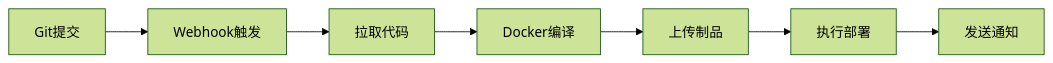
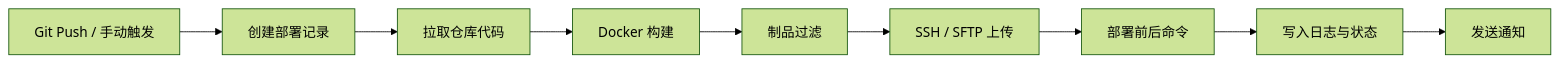
One commit to chengliang4810/jimuqu-devops changed the diagram in README.md. Above: the diagram before and after it, drawn with Mermaid (forest theme). The commit also changed other lines of this file and 11 other files, not shown here.

````diff
--- a/README.md
+++ b/README.md
@@ -81,9 +59,11 @@
 ```mermaid
 graph LR
-    A[Git提交] --> B[Webhook触发]
-    B --> C[拉取代码]
-    C --> D[Docker编译]
-    D --> E[上传制品]
-    E --> F[执行部署]
-    F --> G[发送通知]
+    A["Git Push / 手动触发"] --> B["创建部署记录"]
+    B --> C["拉取仓库代码"]
+    C --> D["Docker 构建"]
+    D --> E["制品过滤"]
+    E --> F["SSH / SFTP 上传"]
+    F --> G["部署前后命令"]
+    G --> H["写入日志与状态"]
+    H --> I["发送通知"]
 ```
````
